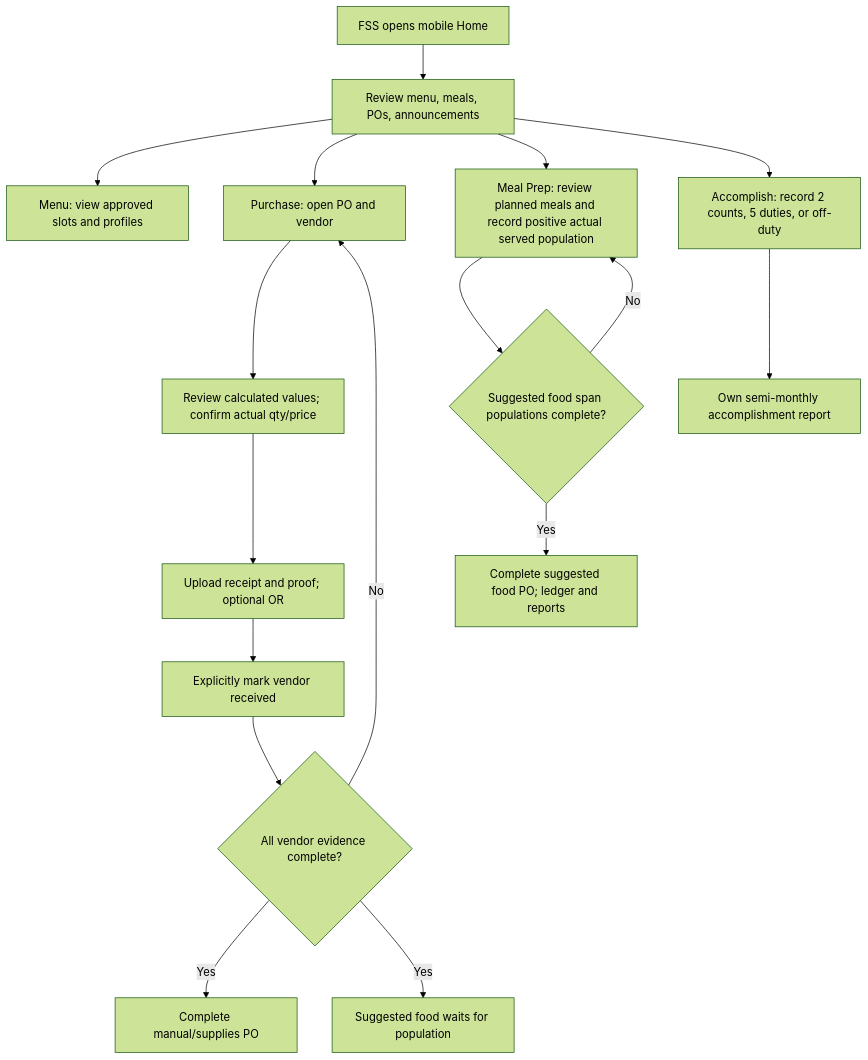
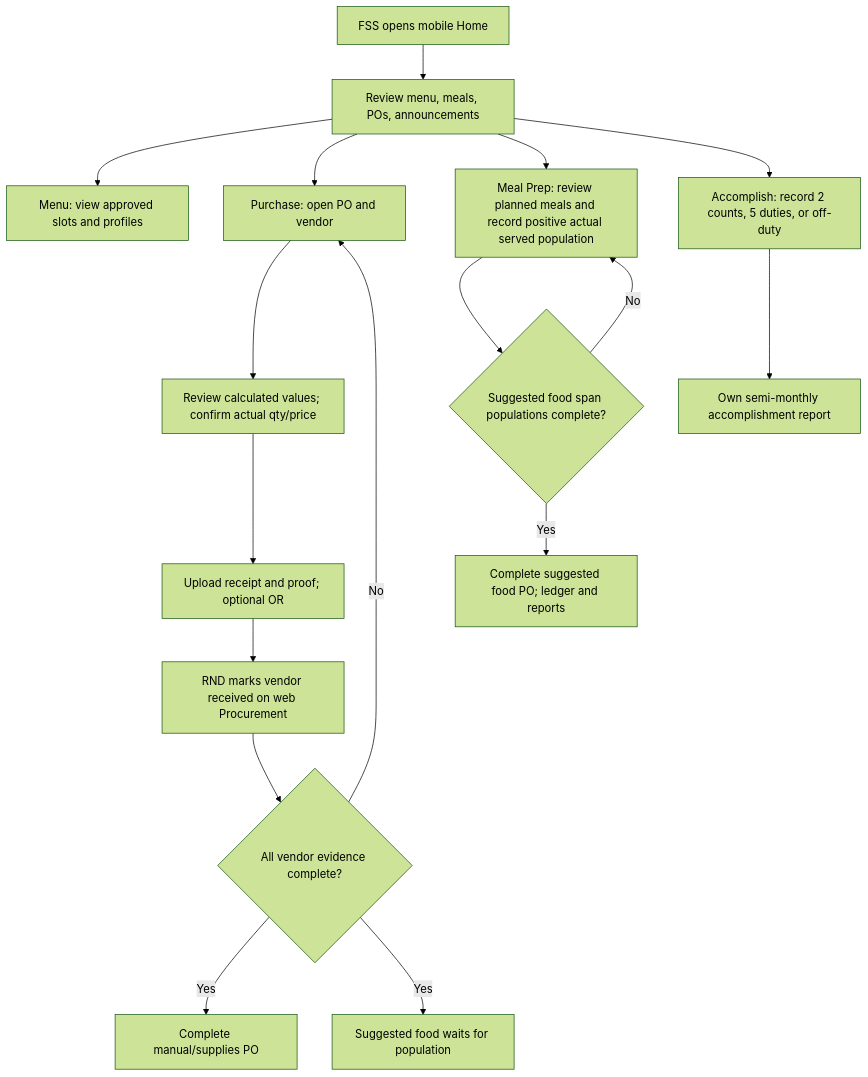
One commit to ja2gc/Nutriscope changed the sixth of 9 diagrams in docs/module-workflow-flowchart.md. Above: the diagram before and after it, drawn with Mermaid (forest theme). The commit also changed other lines of this file and 7 other files, not shown here.

Commit message:
docs: align vendor receiving guides with RND approval

````diff
--- a/docs/module-workflow-flowchart.md
+++ b/docs/module-workflow-flowchart.md
@@ -199,19 +199,19 @@
 ```mermaid
 flowchart TD
     A["FSS opens mobile Home"] --> B["Review menu, meals, POs, announcements"]
     B --> C["Menu: view approved slots and profiles"]
     B --> D["Purchase: open PO and vendor"]
     D --> E["Review calculated values; confirm actual qty/price"]
     E --> F["Upload receipt and proof; optional OR"]
-    F --> G["Explicitly mark vendor received"]
+    F --> G["RND marks vendor received on web Procurement"]
     B --> H["Meal Prep: review planned meals and record positive actual served population"]
     B --> I["Accomplish: record 2 counts, 5 duties, or off-duty"]
     I --> J["Own semi-monthly accomplishment report"]
     G --> K{"All vendor evidence complete?"}
     H --> L{"Suggested food span populations complete?"}
     K -->|"No"| D
     L -->|"No"| H
     K -->|"Yes"| M["Complete manual/supplies PO"]
     K -->|"Yes"| N["Suggested food waits for population"]
     L -->|"Yes"| O["Complete suggested food PO; ledger and reports"]
 ```
````
